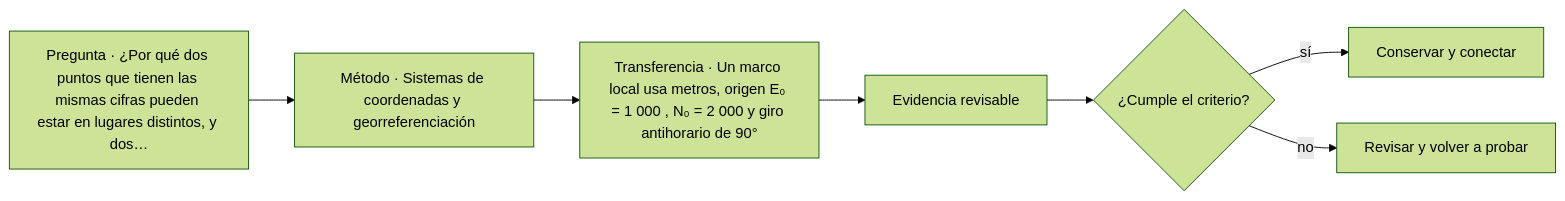
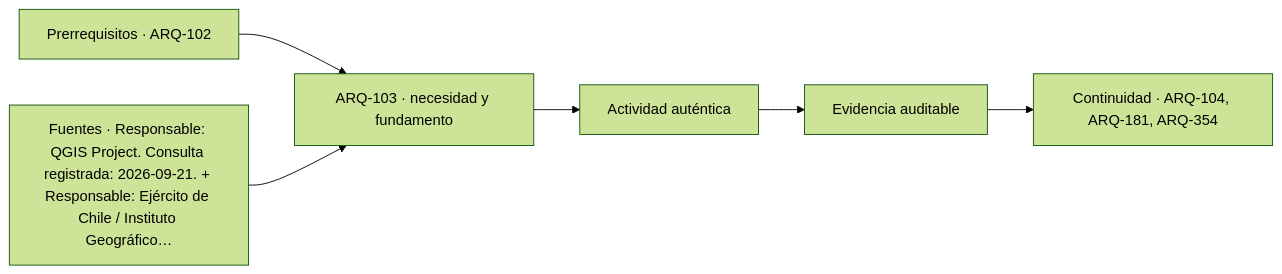
The diagram in classes/parte-11/ARQ-103.md (vladimiracunadev-create/architecture-built-environment-learning-program), drawn with Mermaid (forest theme) before and after one commit. The commit also changed other lines of this file and 761 other files, not shown here.

````diff
--- a/classes/parte-11/ARQ-103.md
+++ b/classes/parte-11/ARQ-103.md
@@ -118,9 +130,8 @@
 ```mermaid
 flowchart LR
-    Q["Pregunta · ¿Por qué dos puntos que tienen las mismas cifras pueden estar en lugares distintos, y dos…"] --> M["Método · Sistemas de coordenadas y georreferenciación"]
-    M --> P["Transferencia · Un marco local usa metros, origen E₀ = 1 000 , N₀ = 2 000 y giro antihorario de 90°"]
-    P --> E["Evidencia revisable"]
-    E --> C{"¿Cumple el criterio?"}
-    C -->|sí| T["Conservar y conectar"]
-    C -->|no| R["Revisar y volver a probar"]
+    A["Prerrequisitos · ARQ-102"] --> B["ARQ-103 · necesidad y fundamento"]
+    S["Fuentes · Responsable: QGIS Project. Consulta registrada: 2026-09-21. + Responsable: Ejército de Chile / Instituto Geográfico…"] --> B
+    B --> C["Actividad auténtica"]
+    C --> D["Evidencia auditable"]
+    D --> E["Continuidad · ARQ-104, ARQ-181, ARQ-354"]
 ```
````
